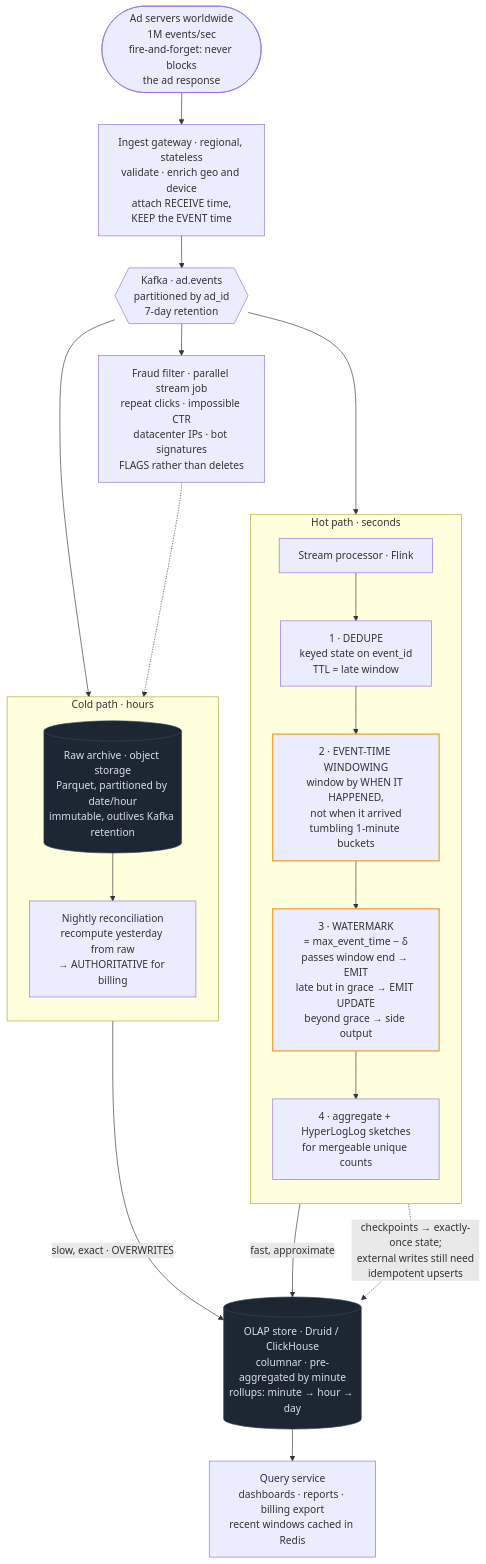
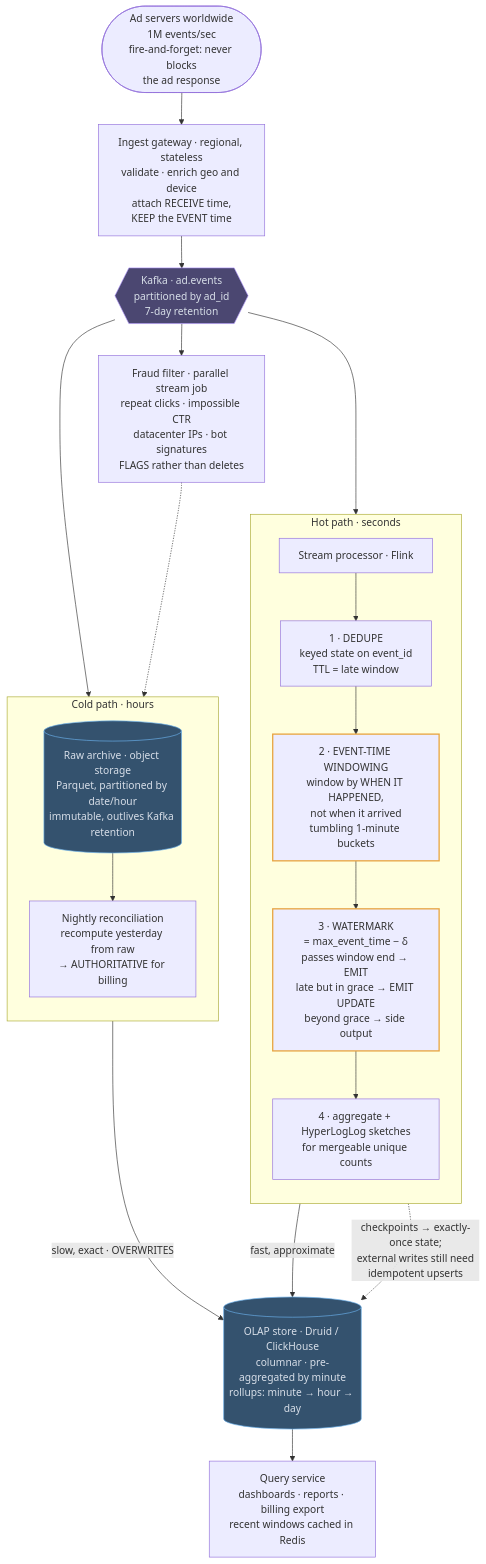
Before and after one commit to mertkahyaoglu/atlas: the diagram in content/designs/13-ad-click-aggregation.md, drawn with Mermaid. The commit also changed 16 other files, not shown here.

````diff
--- a/content/designs/13-ad-click-aggregation.md
+++ b/content/designs/13-ad-click-aggregation.md
@@ -132,49 +132,51 @@
 ```mermaid
 flowchart TB
     Servers([Ad servers worldwide<br/>1M events/sec<br/>fire-and-forget: never blocks<br/>the ad response]) --> Ingest
 
     Ingest["Ingest gateway · regional, stateless<br/>validate · enrich geo and device<br/>attach RECEIVE time,<br/>KEEP the EVENT time"]
     Ingest --> Bus
 
     Bus{{"Kafka · ad.events<br/>partitioned by ad_id<br/>7-day retention"}}
 
     subgraph HOT ["Hot path · seconds"]
         direction TB
         Flink["Stream processor · Flink"]
         Dedup["1 · DEDUPE<br/>keyed state on event_id<br/>TTL = late window"]
         Window["2 · EVENT-TIME WINDOWING<br/>window by WHEN IT HAPPENED,<br/>not when it arrived<br/>tumbling 1-minute buckets"]
         Water["3 · WATERMARK<br/>= max_event_time − δ<br/>passes window end → EMIT<br/>late but in grace → EMIT UPDATE<br/>beyond grace → side output"]
         Agg["4 · aggregate + HyperLogLog sketches<br/>for mergeable unique counts"]
         Flink --> Dedup --> Window --> Water --> Agg
     end
 
     subgraph COLD ["Cold path · hours"]
         direction TB
         Archive[("Raw archive · object storage<br/>Parquet, partitioned by date/hour<br/>immutable, outlives Kafka retention")]
         Batch["Nightly reconciliation<br/>recompute yesterday from raw<br/>→ AUTHORITATIVE for billing"]
         Archive --> Batch
     end
 
     Bus --> Flink
     Bus --> Archive
 
     Agg -- "fast, approximate" --> OLAP
     Batch -- "slow, exact · OVERWRITES" --> OLAP
 
     OLAP[("OLAP store · Druid / ClickHouse<br/>columnar · pre-aggregated by minute<br/>rollups: minute → hour → day")]
     OLAP --> Query["Query service<br/>dashboards · reports · billing export<br/>recent windows cached in Redis"]
 
     Fraud["Fraud filter · parallel stream job<br/>repeat clicks · impossible CTR<br/>datacenter IPs · bot signatures<br/>FLAGS rather than deletes"] -.-> Batch
     Bus --> Fraud
 
     Water -. "checkpoints → exactly-once state;<br/>external writes still need<br/>idempotent upserts" .-> OLAP
 
-    classDef store fill:#1d2734,stroke:#35455a,color:#d7dee8
+    classDef store fill:#34526e,stroke:#6cb2ee,color:#d7dee8
+    classDef queue fill:#4b4771,stroke:#ad94f7,color:#d7dee8
     classDef hot stroke:#e8a33d,stroke-width:2px
     class Archive,OLAP store
     class Window,Water hot
+    class Bus queue
 
     click Bus href "/docs/05-async-messaging-and-event-driven" "Role: the durable buffer for every ad event, partitioned by ad_id.<br/>Trade-off: 7-day retention limits how far back a replay can go."
     click Flink href "/docs/09-specialized-building-blocks" "Role: dedupes and aggregates events into minute windows in real time.<br/>Trade-off: late events need watermarks, and stateful jobs are harder to operate."
     click Archive href "/docs/09-specialized-building-blocks" "Role: immutable raw events kept beyond Kafka retention, so numbers can be recomputed.<br/>Trade-off: batch recomputation is slow, but it is the source of truth for billing."
 ```
````
